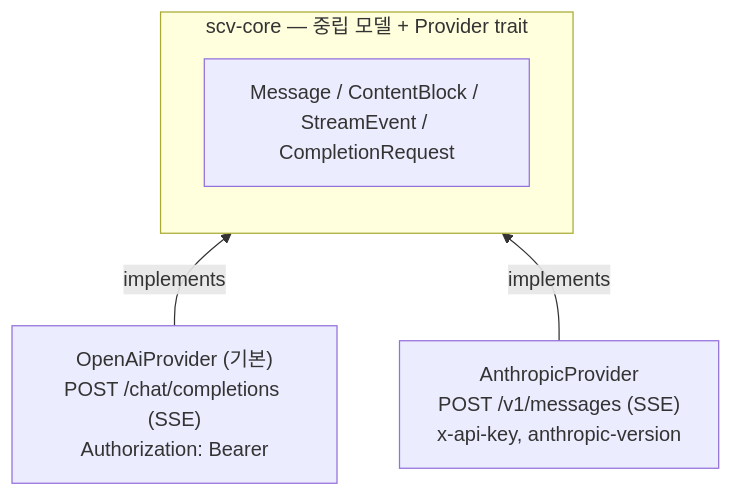
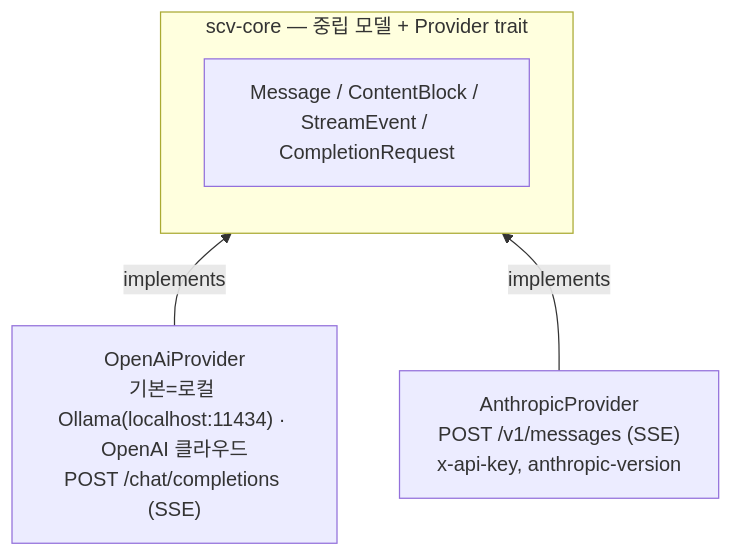
Before and after one commit to jaewookshin-bagelcode/scv: the third of 4 diagrams in docs/ARCHITECTURE.md, drawn with Mermaid. The commit also changed other lines of this file and 4 other files, not shown here.

````diff
--- a/docs/ARCHITECTURE.md
+++ b/docs/ARCHITECTURE.md
@@ -106,10 +106,10 @@
 ```mermaid
 flowchart BT
     subgraph core["scv-core — 중립 모델 + Provider trait"]
         M["Message / ContentBlock / StreamEvent / CompletionRequest"]
     end
-    O["OpenAiProvider (기본)<br/>POST /chat/completions (SSE)<br/>Authorization: Bearer"]
+    O["OpenAiProvider<br/>기본=로컬 Ollama(localhost:11434) · OpenAI 클라우드<br/>POST /chat/completions (SSE)"]
     A["AnthropicProvider<br/>POST /v1/messages (SSE)<br/>x-api-key, anthropic-version"]
     O -- implements --> core
     A -- implements --> core
 ```
````
